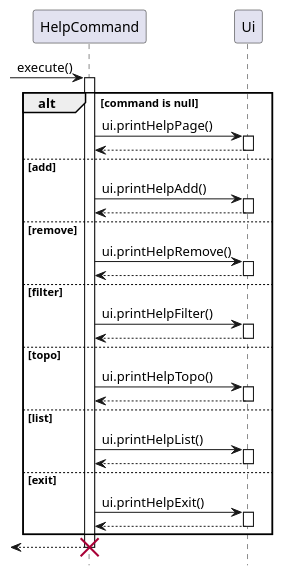
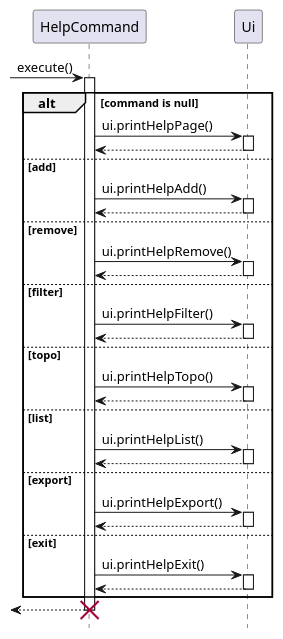
Before and after one commit to ong-ck/tp: the diagram in docs/sequence-diagrams/source-files/HelpFeature.puml, drawn with PlantUML. The commit also changed 2 other files, not shown here.

Commit message:
Add export to HelpCommand sequence diagram

```diff
--- a/docs/sequence-diagrams/source-files/HelpFeature.puml
+++ b/docs/sequence-diagrams/source-files/HelpFeature.puml
@@ -1,40 +1,51 @@
 @startuml
 hide footbox
 
 participant HelpCommand as hc
 participant Ui as ui
 
  -> hc : execute()
  activate hc
     alt command is null
     hc -> ui : ui.printHelpPage()
     activate ui
     return
+
     else add
     hc -> ui : ui.printHelpAdd()
     activate ui
     return
+
     else remove
     hc -> ui : ui.printHelpRemove()
     activate ui
     return
+
     else filter
     hc -> ui : ui.printHelpFilter()
     activate ui
     return
+
     else topo
     hc -> ui : ui.printHelpTopo()
     activate ui
     return
+
     else list
     hc -> ui : ui.printHelpList()
     activate ui
     return
+
+    else export
+    hc -> ui : ui.printHelpExport()
+    activate ui
+    return
+
     else exit
     hc -> ui : ui.printHelpExit()
     activate ui
     return
    end
 <-- hc
 destroy hc
 @enduml
```
